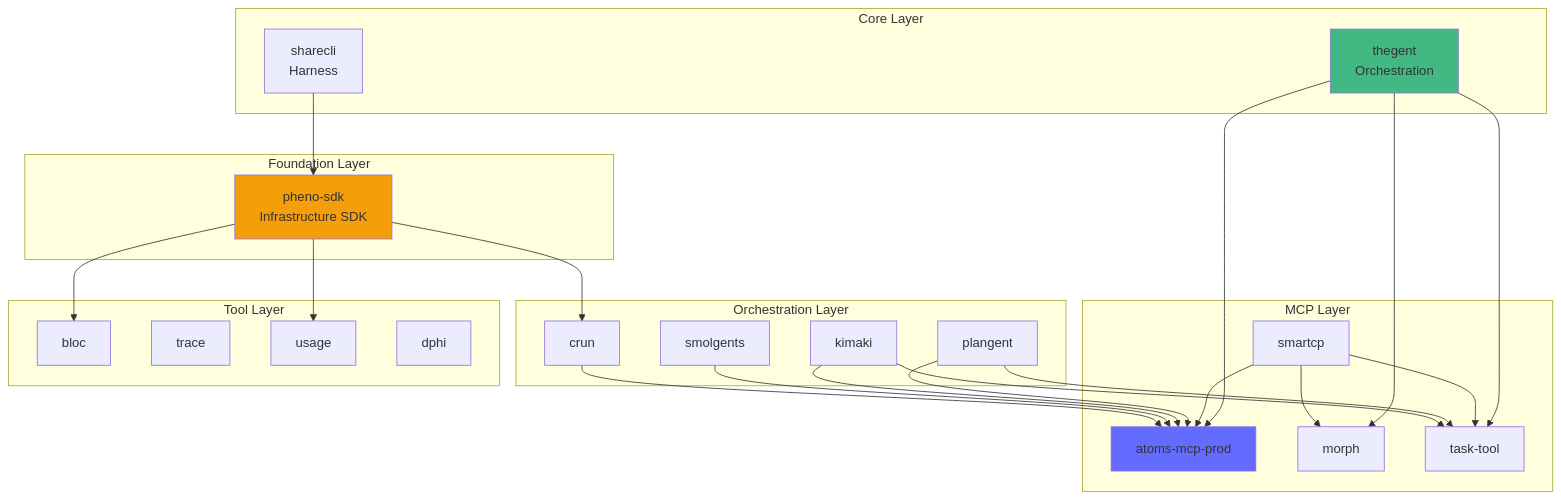
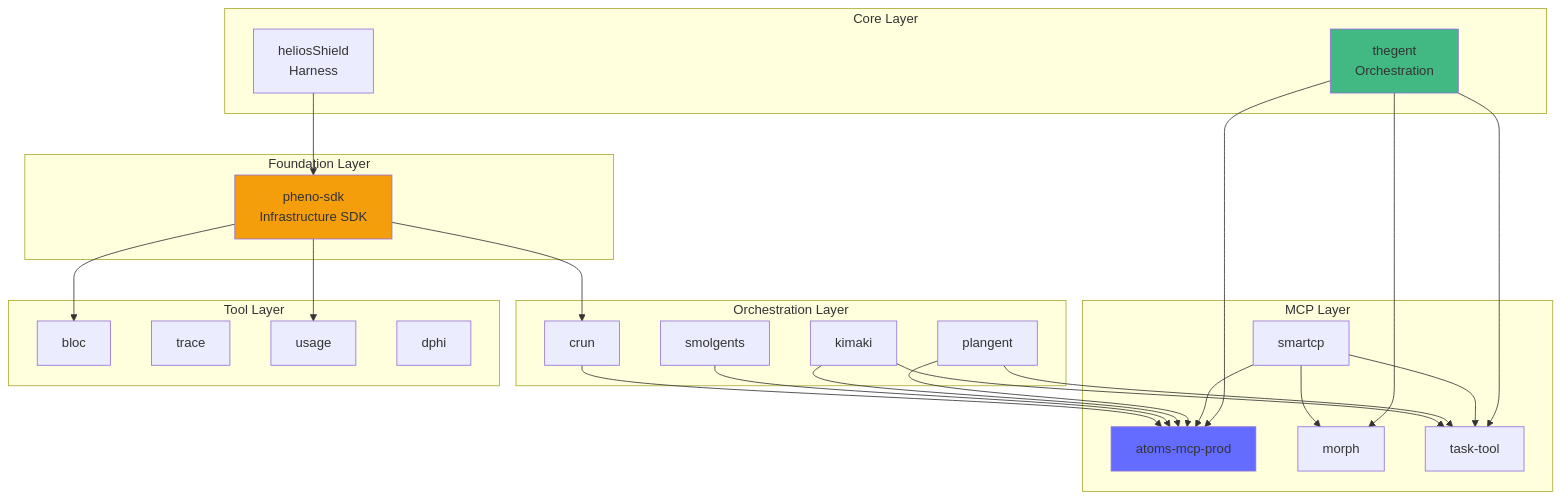
Before and after one commit to KooshaPari/thegent: the sixth of 11 diagrams in docs/research/KUSH_ECOSYSTEM_ARCHITECTURE_DIAGRAM.md, drawn with Mermaid. The commit also changed other lines of this file and 5855 other files, not shown here.

````diff
--- a/docs/research/KUSH_ECOSYSTEM_ARCHITECTURE_DIAGRAM.md
+++ b/docs/research/KUSH_ECOSYSTEM_ARCHITECTURE_DIAGRAM.md
@@ -379,59 +379,59 @@
 ```mermaid
 graph TD
     subgraph "Foundation Layer"
         PHENO[pheno-sdk<br/>Infrastructure SDK]
     end
 
     subgraph "Core Layer"
         THEGENT[thegent<br/>Orchestration]
-        SHARECLI[sharecli<br/>Harness]
+        heliosShield[heliosShield<br/>Harness]
     end
 
     subgraph "MCP Layer"
         ATOMS[atoms-mcp-prod]
         SMARTCP[smartcp]
         MORPH[morph]
         TASK_TOOL[task-tool]
     end
 
     subgraph "Orchestration Layer"
         PLANGENT[plangent]
         KIMAKI[kimaki]
         SMOLGENTS[smolgents]
         CRUN[crun]
     end
 
     subgraph "Tool Layer"
         BLOC[bloc]
         TRACE[trace]
         USAGE[usage]
         DPHI[dphi]
     end
 
     PHENO --> BLOC
     PHENO --> CRUN
     PHENO --> USAGE
 
     THEGENT --> ATOMS
     THEGENT --> MORPH
     THEGENT --> TASK_TOOL
 
-    SHARECLI --> PHENO
+    heliosShield --> PHENO
 
     SMARTCP --> ATOMS
     SMARTCP --> MORPH
     SMARTCP --> TASK_TOOL
 
     PLANGENT --> ATOMS
     PLANGENT --> TASK_TOOL
 
     KIMAKI --> ATOMS
     KIMAKI --> TASK_TOOL
 
     SMOLGENTS --> ATOMS
     CRUN --> ATOMS
 
     style PHENO fill:#f59e0b
     style THEGENT fill:#42b883
     style ATOMS fill:#646cff
 ```
````
